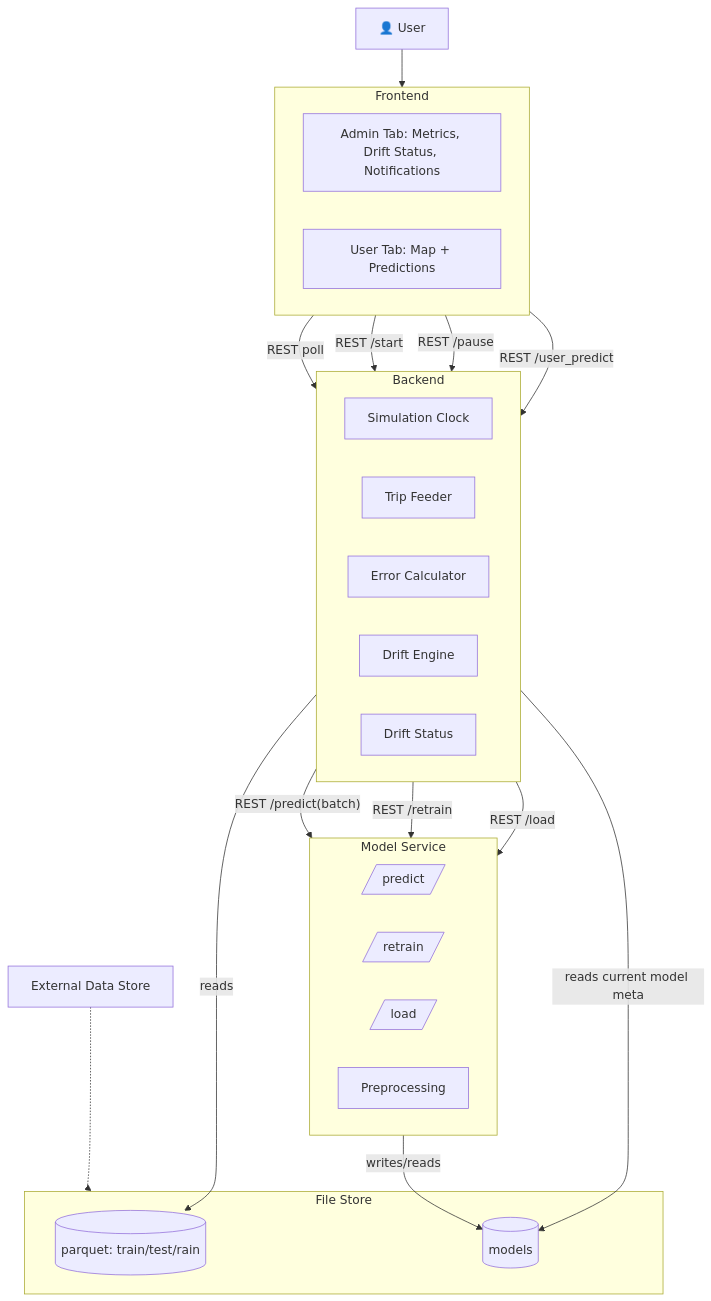
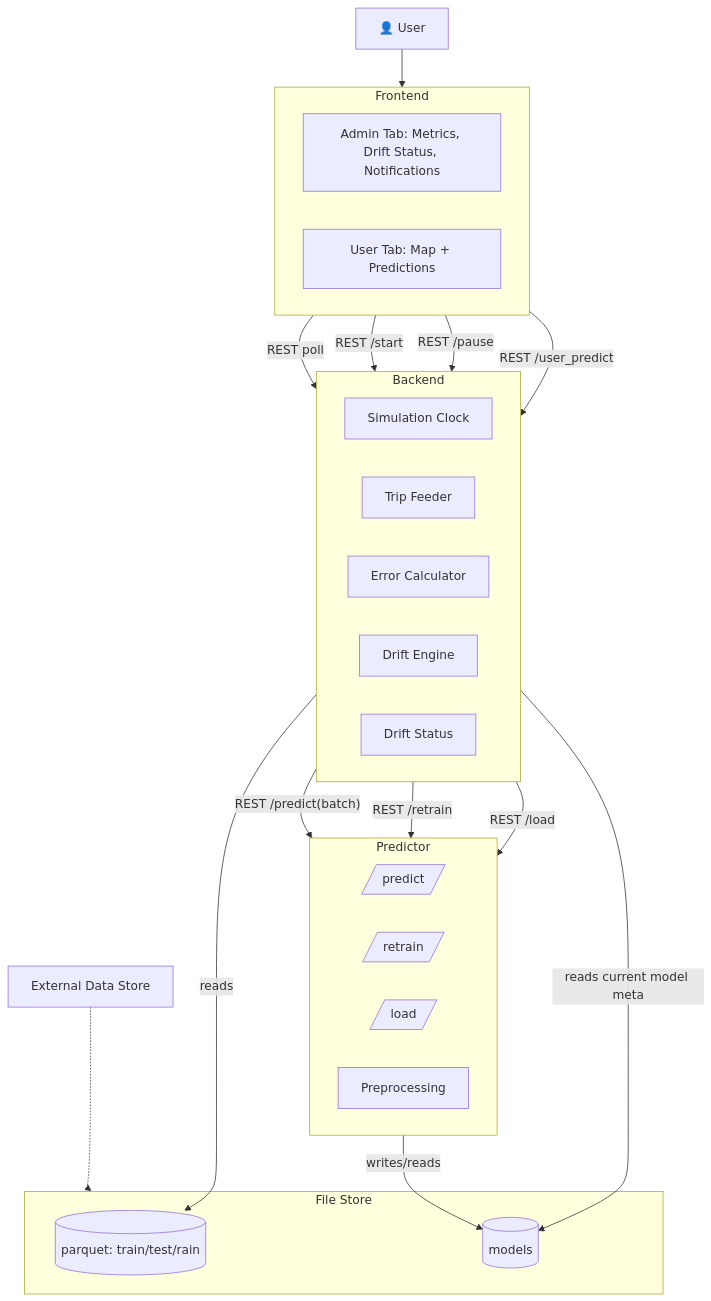
One commit to geokyr/diploma-thesis changed the first of 4 diagrams in platform.md. Above: the diagram before and after it, drawn with Mermaid. The commit also changed other lines of this file, not shown here.

````diff
--- a/platform.md
+++ b/platform.md
@@ -63,40 +78,40 @@
 ```mermaid
 flowchart TD
   subgraph UI[Frontend]
     A1[Admin Tab: Metrics, Drift Status, Notifications]
     A2[User Tab: Map + Predictions]
   end
 
   subgraph BE[Backend]
     O1[Simulation Clock]
     O2[Trip Feeder]
     O3[Error Calculator]
     O4[Drift Engine]
     O5[Drift Status]
   end
 
-  subgraph MS[Model Service]
+  subgraph PR[Predictor]
     M1[/predict/]
     M2[/retrain/]
     M3[/load/]
     M4[Preprocessing]
   end
 
   subgraph FS[File Store]
     D1[(parquet: train/test/rain)]
     D2[(models)]
   end
 
   User["👤 User"] --> UI
   ExternalDataStore["External Data Store"] -.-> FS
   UI -- REST poll --> BE
   UI -- REST /start --> BE
   UI -- REST /pause --> BE
-  BE -- REST /predict(batch) --> MS
-  BE -- REST /retrain --> MS
-  BE -- REST /load --> MS
-  MS -- writes/reads --> D2
+  BE -- REST /predict(batch) --> PR
+  BE -- REST /retrain --> PR
+  BE -- REST /load --> PR
+  PR -- writes/reads --> D2
   BE -- reads --> D1
   BE -- reads current model meta --> D2
   UI -- REST /user_predict --> BE
 ```
````
